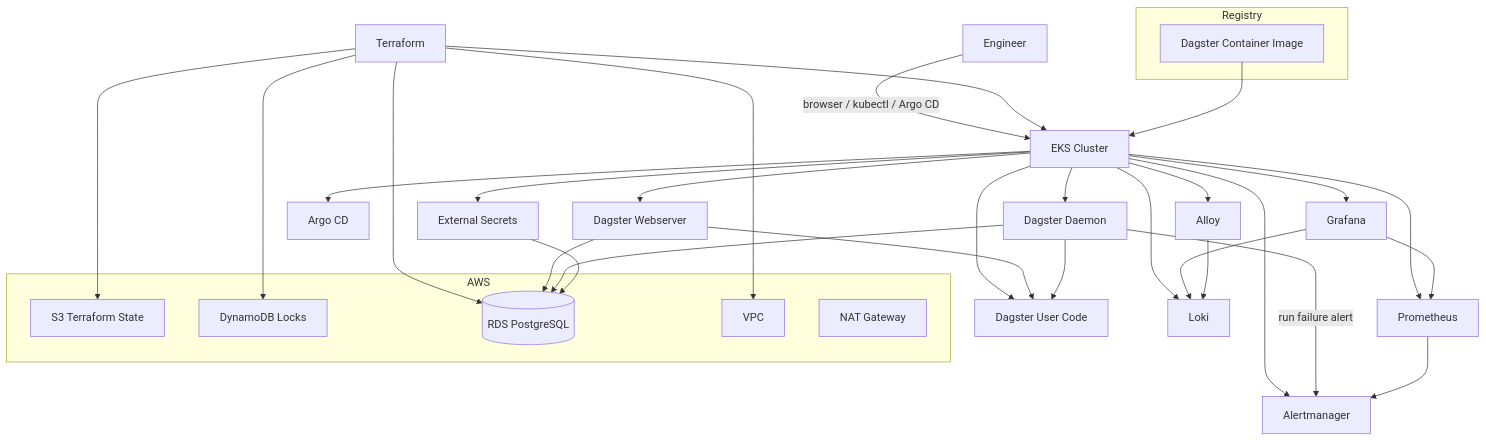
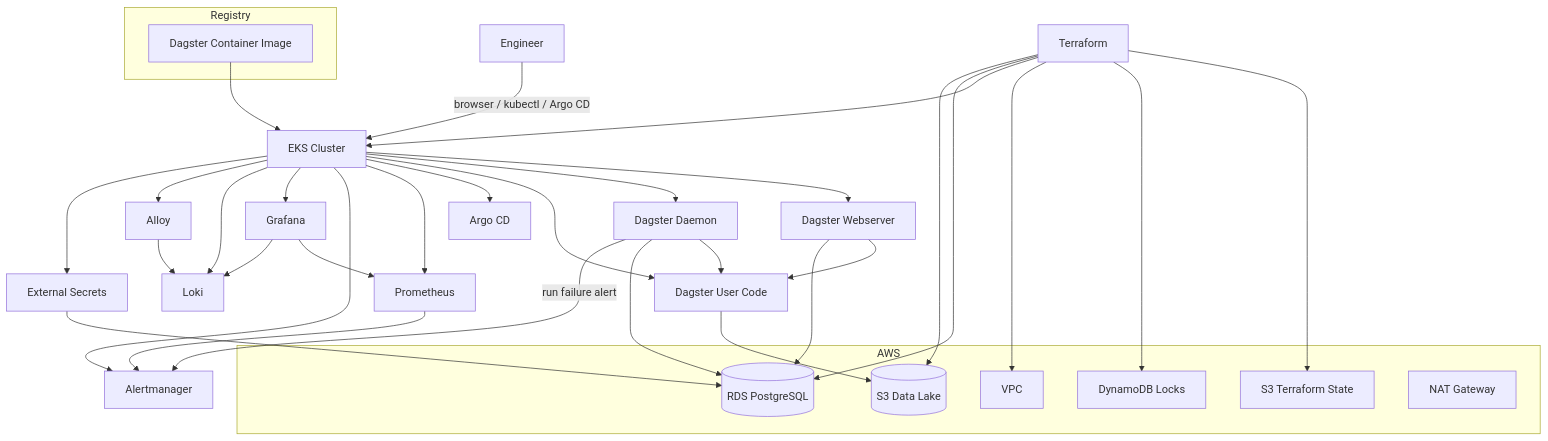
Before and after one commit to BranfordTGbieor/hydrosat-infra: the diagram in README.md, drawn with Mermaid. The commit also changed other lines of this file and 12 other files, not shown here.

````diff
--- a/README.md
+++ b/README.md
@@ -89,45 +90,48 @@
 ```mermaid
 flowchart TD
   User[Engineer] -->|browser / kubectl / Argo CD| EKS[EKS Cluster]
 
   subgraph AWS
     S3[S3 Terraform State]
+    Lake[(S3 Data Lake)]
     DDB[DynamoDB Locks]
     RDS[(RDS PostgreSQL)]
     VPC[VPC]
     NAT[NAT Gateway]
   end
 
   subgraph Registry
     IMG[Dagster Container Image]
   end
 
   Terraform[Terraform] --> S3
   Terraform --> DDB
   Terraform --> VPC
   Terraform --> EKS
   Terraform --> RDS
+  Terraform --> Lake
 
   EKS --> Web[Dagster Webserver]
   EKS --> Daemon[Dagster Daemon]
   EKS --> UserCode[Dagster User Code]
   EKS --> ArgoCD[Argo CD]
   EKS --> Prom[Prometheus]
   EKS --> AM[Alertmanager]
   EKS --> Grafana[Grafana]
   EKS --> Loki[Loki]
   EKS --> Alloy[Alloy]
   EKS --> ESO[External Secrets]
 
   Web --> UserCode
   Daemon --> UserCode
   Web --> RDS
   Daemon --> RDS
+  UserCode --> Lake
   Daemon -->|run failure alert| AM
   Prom --> AM
   Grafana --> Prom
   Grafana --> Loki
   Alloy --> Loki
   ESO --> RDS
   IMG --> EKS
 ```
````
